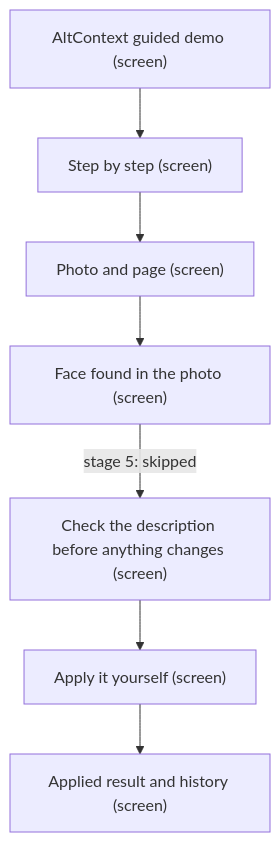
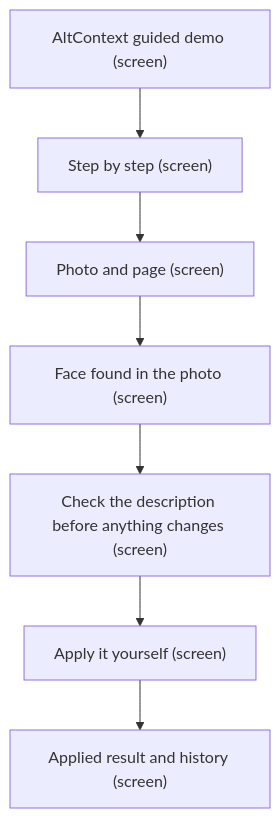
One commit to darce/context-alt-text-monorepo changed the second of 6 diagrams in apps/prototype-wp-alt-context/docs/ux-maps/guided-prototype.md. Above: the diagram before and after it, drawn with Mermaid. The commit also changed other lines of this file and 1 other file, not shown here.

Commit message:
docs(gpface-1): make the ux-map schema-valid (state enum, no step notes) and regenerate the deterministic markdown render

````diff
--- a/apps/prototype-wp-alt-context/docs/ux-maps/guided-prototype.md
+++ b/apps/prototype-wp-alt-context/docs/ux-maps/guided-prototype.md
@@ -268,17 +248,17 @@
 ```mermaid
 flowchart TD
-  %% flow: The person stays unnamed and the description stays generic job=review
+  %% flow: The person stays unnamed and the description stays generic. The flow strip reads skipped for the name step. job=review
   n_intro["AltContext guided demo (screen)"]
   n_guide["Step by step (screen)"]
   n_intro --> n_guide
   n_evidence["Photo and page (screen)"]
   n_guide --> n_evidence
   n_face["Face found in the photo (screen)"]
   n_evidence --> n_face
   n_draft["Check the description before anything changes (screen)"]
-  n_face -->|stage 5: skipped| n_draft
+  n_face --> n_draft
   n_apply["Apply it yourself (screen)"]
   n_draft --> n_apply
   n_result["Applied result and history (screen)"]
   n_apply --> n_result
 ```
````
